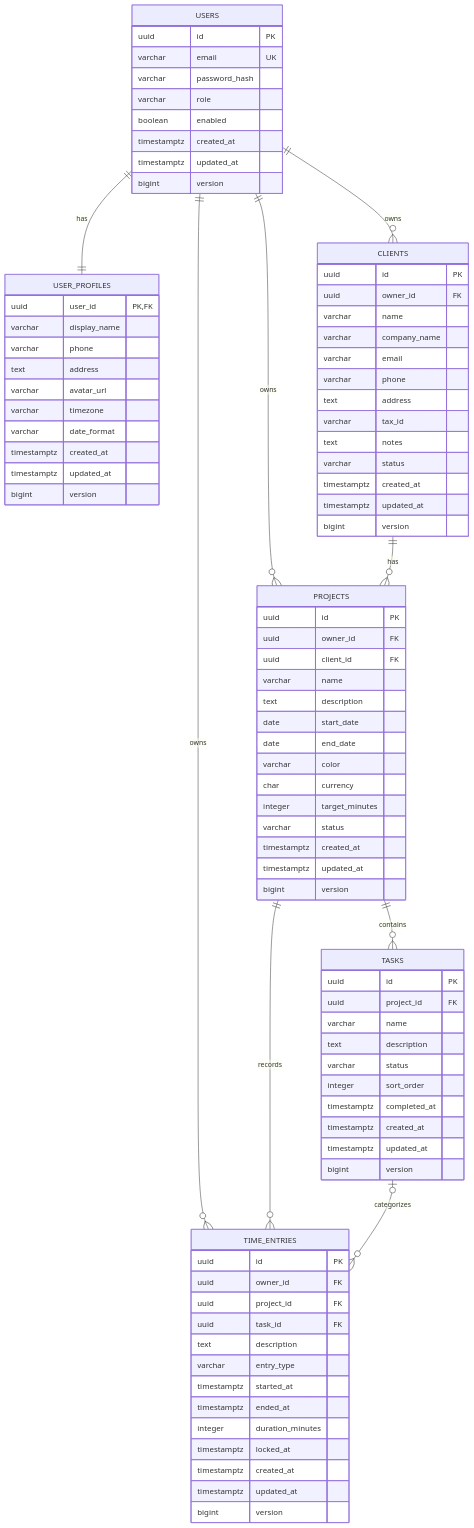
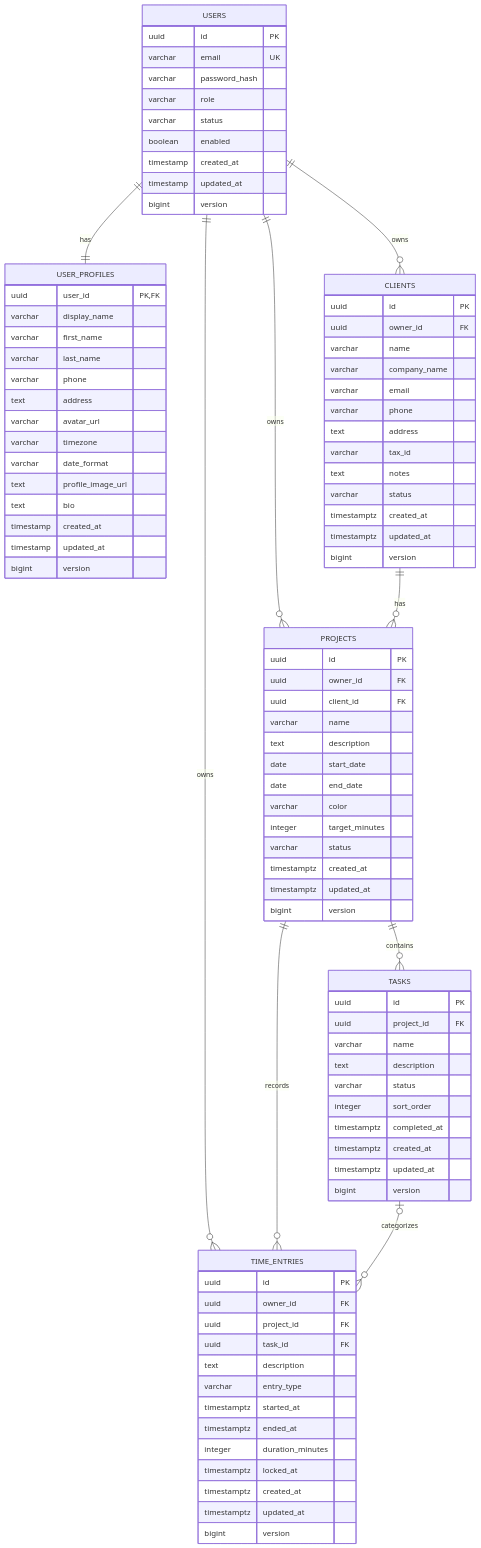
Before and after one commit to lillianxhub/freelance-hub: the diagram in doc/diagrams/er-diagram.md, drawn with Mermaid. The commit also changed other lines of this file and 136 other files, not shown here.

```diff
--- a/doc/diagrams/er-diagram.md
+++ b/doc/diagrams/er-diagram.md
@@ -10,21 +10,26 @@
         varchar email UK
         varchar password_hash
         varchar role
+        varchar status
         boolean enabled
-        timestamptz created_at
-        timestamptz updated_at
+        timestamp created_at
+        timestamp updated_at
         bigint version
     }
     USER_PROFILES {
         uuid user_id PK,FK
         varchar display_name
+        varchar first_name
+        varchar last_name
         varchar phone
         text address
         varchar avatar_url
         varchar timezone
         varchar date_format
-        timestamptz created_at
-        timestamptz updated_at
+        text profile_image_url
+        text bio
+        timestamp created_at
+        timestamp updated_at
         bigint version
     }
     CLIENTS {
@@ -51,7 +56,6 @@
         date start_date
         date end_date
         varchar color
-        char currency
         integer target_minutes
         varchar status
         timestamptz created_at
```
